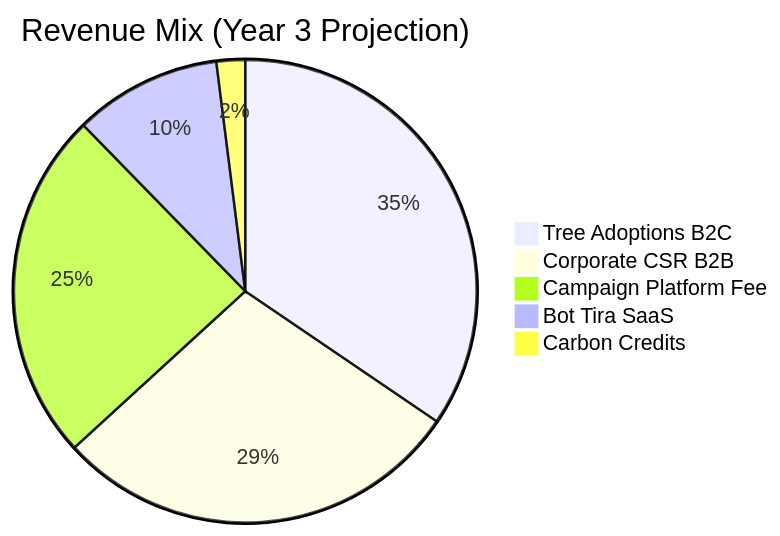
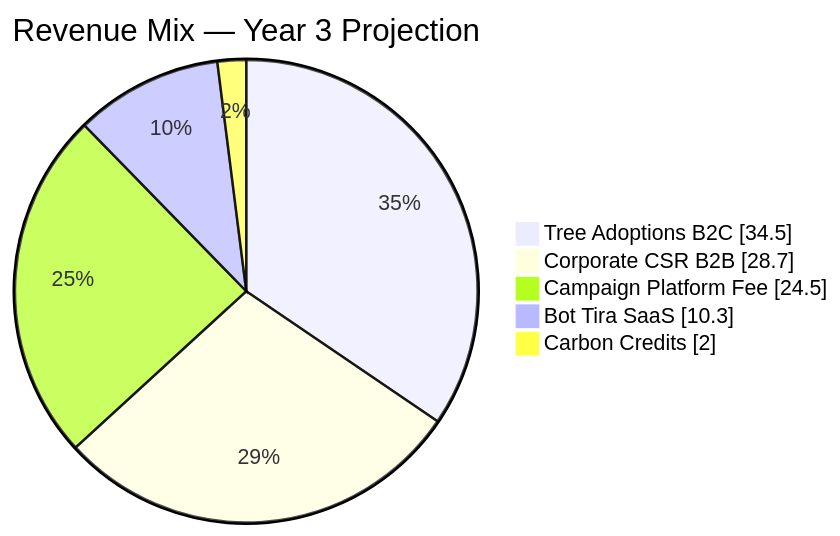
Before and after one commit to ajarka/public-documentation: the third of 10 diagrams in AdopTreeWorld/prd/PRD-AdopTree-Investor.md, drawn with Mermaid. The commit also changed other lines of this file, not shown here.

Commit message:
fix: enhance readability of flowcharts and diagrams with line breaks

````diff
--- a/AdopTreeWorld/prd/PRD-AdopTree-Investor.md
+++ b/AdopTreeWorld/prd/PRD-AdopTree-Investor.md
@@ -531,8 +531,9 @@
 ```mermaid
-pie title Revenue Mix (Year 3 Projection)
+pie showData
+    title Revenue Mix — Year 3 Projection
     "Tree Adoptions B2C" : 34.5
     "Corporate CSR B2B" : 28.7
     "Campaign Platform Fee" : 24.5
     "Bot Tira SaaS" : 10.3
     "Carbon Credits" : 2.0
 ```
````
